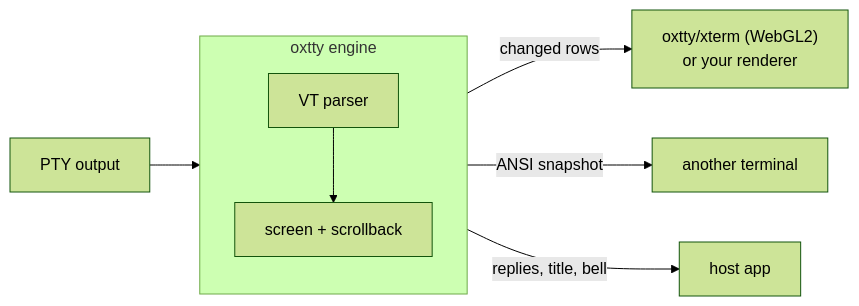
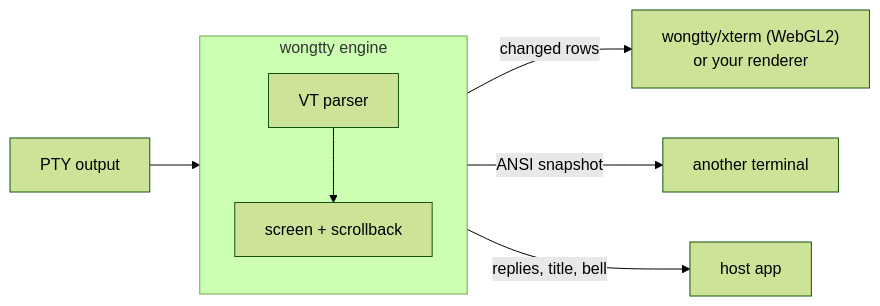
Before and after one commit to openwong2kim/oxtty: the diagram in README.md, drawn with Mermaid (forest theme). The commit also changed other lines of this file and 349 other files, not shown here.

First line of the commit message:
Rename the project from oxtty to wongtty

````diff
--- a/README.md
+++ b/README.md
@@ -40,11 +40,11 @@
 ```mermaid
 flowchart LR
   pty["PTY output"] --> engine
-  subgraph engine["oxtty engine"]
+  subgraph engine["wongtty engine"]
     direction TB
     parser["VT parser"] --> screen["screen + scrollback"]
   end
-  engine -- "changed rows" --> r1["oxtty/xterm (WebGL2)<br>or your renderer"]
+  engine -- "changed rows" --> r1["wongtty/xterm (WebGL2)<br>or your renderer"]
   engine -- "ANSI snapshot" --> r2["another terminal"]
   engine -- "replies, title, bell" --> host["host app"]
 ```
````
